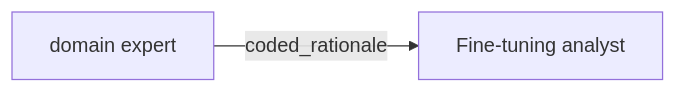
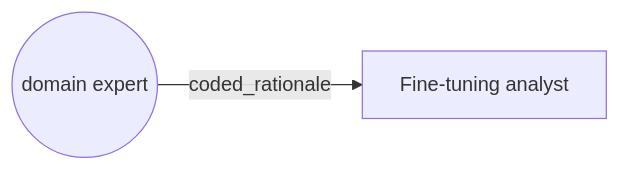
The third of 3 diagrams in tune-chatgpt/notes.md (borisdev/research), drawn with Mermaid before and after one commit.

Commit message:
experiment new flow chart

````diff
--- a/tune-chatgpt/notes.md
+++ b/tune-chatgpt/notes.md
@@ -31,4 +31,4 @@
 ```mermaid
 flowchart LR
-    E[domain expert]-- coded_rationale -->A[Fine-tuning analyst]
+    E((domain expert))-- coded_rationale -->A[Fine-tuning analyst]
 ```
````
